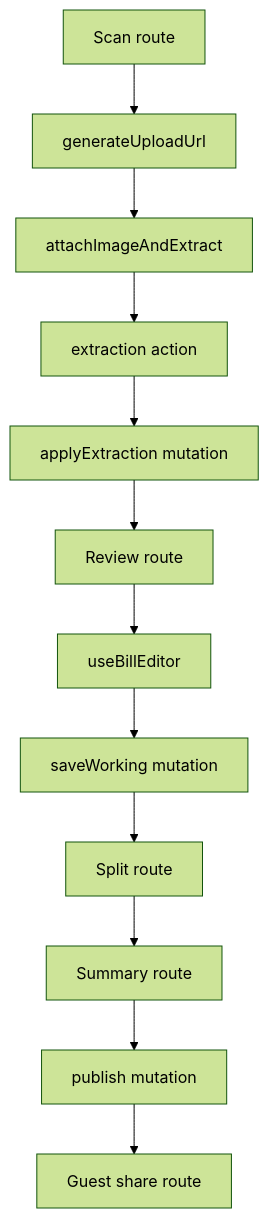
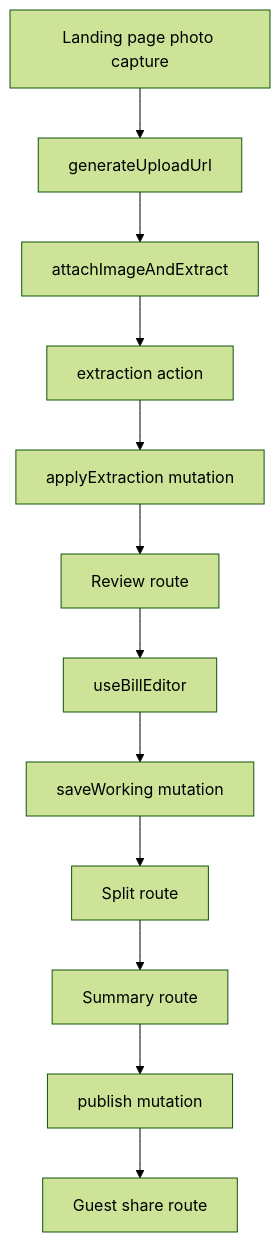
Before and after one commit to charbel30/billy: the diagram in README.md, drawn with Mermaid (forest theme). The commit also changed other lines of this file and 17 other files, not shown here.

First line of the commit message:
Refactor landing page and scanning functionality

````diff
--- a/README.md
+++ b/README.md
@@ -50,14 +50,14 @@
 ```mermaid
 flowchart TD
-  ScanRoute[Scan route] --> UploadMutation[generateUploadUrl]
+  ScanRoute[Landing page photo capture] --> UploadMutation[generateUploadUrl]
   UploadMutation --> AttachMutation[attachImageAndExtract]
   AttachMutation --> ExtractAction[extraction action]
   ExtractAction --> ApplyExtraction[applyExtraction mutation]
   ApplyExtraction --> ReviewRoute[Review route]
   ReviewRoute --> EditorHook[useBillEditor]
   EditorHook --> SaveWorking[saveWorking mutation]
   SaveWorking --> SplitRoute[Split route]
   SplitRoute --> SummaryRoute[Summary route]
   SummaryRoute --> Publish[publish mutation]
   Publish --> GuestRoute[Guest share route]
 ```
````
